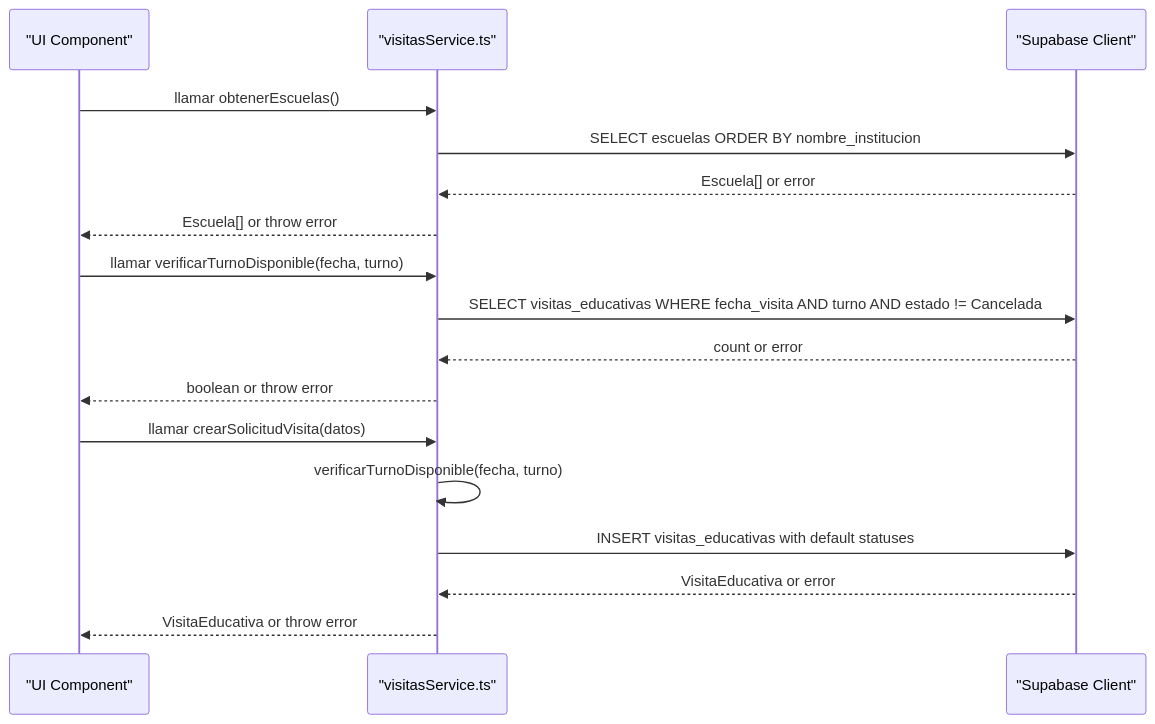
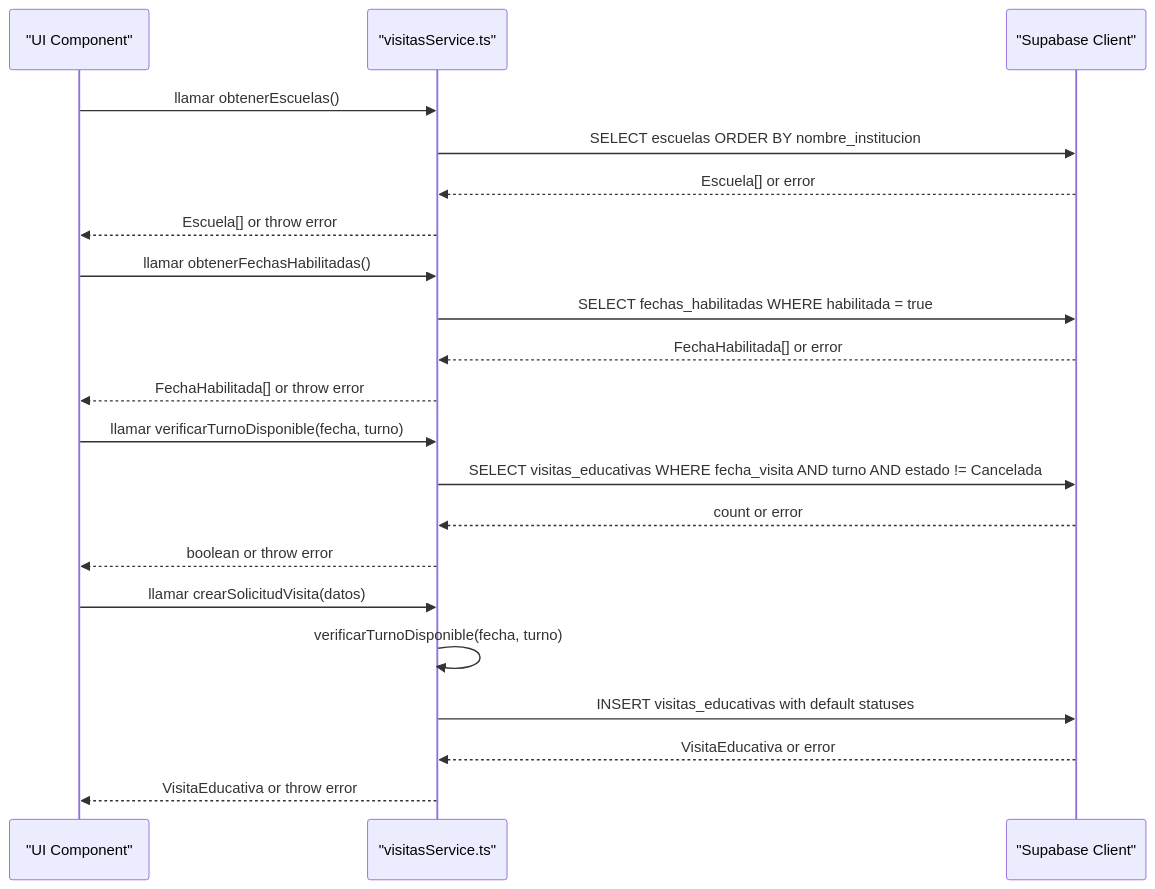
One commit to AgusCatra/simu-twin-web changed the second of 4 diagrams in .qoder/repowiki/en/content/Core Services & Business Logic/Visit Management Service.md. Above: the diagram before and after it, drawn with Mermaid. The commit also changed other lines of this file and 4 other files, not shown here.

First line of the commit message:
feat(visitas): mejorar tipos y lógica de negocio con gestión de asistentes y fechas habilitadas

````diff
--- a/.qoder/repowiki/en/content/Core Services & Business Logic/Visit Management Service.md
+++ b/.qoder/repowiki/en/content/Core Services & Business Logic/Visit Management Service.md
@@ -78,19 +97,23 @@
 ```mermaid
 sequenceDiagram
 participant UI as "UI Component"
 participant SVC as "visitasService.ts"
 participant DB as "Supabase Client"
 UI->>SVC : llamar obtenerEscuelas()
 SVC->>DB : SELECT escuelas ORDER BY nombre_institucion
 DB-->>SVC : Escuela[] or error
 SVC-->>UI : Escuela[] or throw error
+UI->>SVC : llamar obtenerFechasHabilitadas()
+SVC->>DB : SELECT fechas_habilitadas WHERE habilitada = true
+DB-->>SVC : FechaHabilitada[] or error
+SVC-->>UI : FechaHabilitada[] or throw error
 UI->>SVC : llamar verificarTurnoDisponible(fecha, turno)
 SVC->>DB : SELECT visitas_educativas WHERE fecha_visita AND turno AND estado != Cancelada
 DB-->>SVC : count or error
 SVC-->>UI : boolean or throw error
 UI->>SVC : llamar crearSolicitudVisita(datos)
 SVC->>SVC : verificarTurnoDisponible(fecha, turno)
 SVC->>DB : INSERT visitas_educativas with default statuses
 DB-->>SVC : VisitaEducativa or error
 SVC-->>UI : VisitaEducativa or throw error
 ```
````
